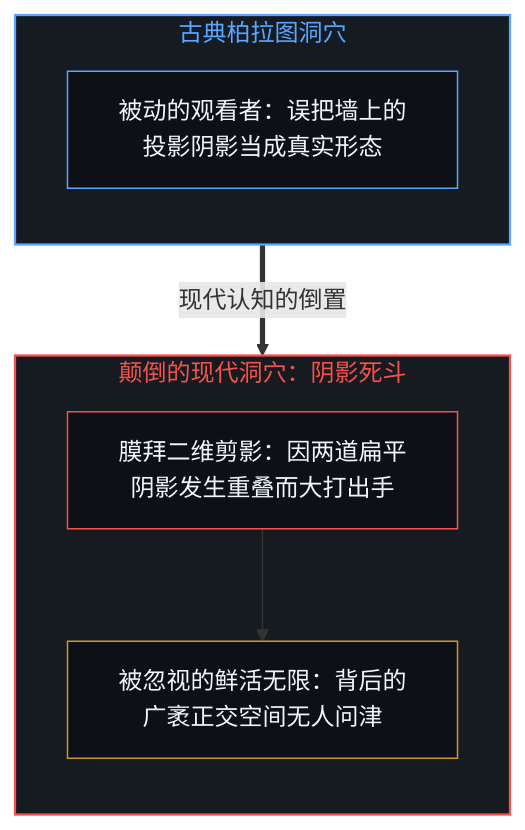
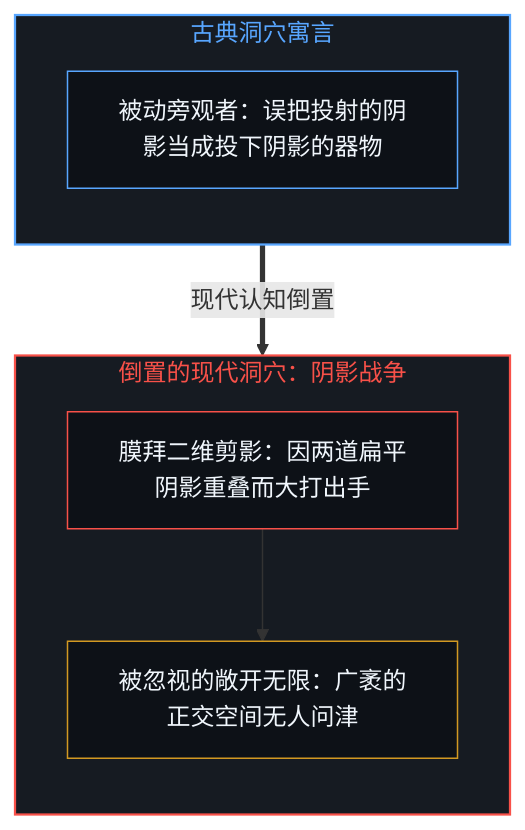
Before and after one commit to powerpig99/not-a-toe: the seventh of 10 diagrams in content/posts/the-shadow-and-the-infinite.md, drawn with Mermaid. The commit also changed other lines of this file and 5 other files, not shown here.

````diff
--- a/content/posts/the-shadow-and-the-infinite.md
+++ b/content/posts/the-shadow-and-the-infinite.md
@@ -235,22 +215,19 @@
 ```mermaid
 flowchart TD
-    subgraph PlatoOriginal["古典柏拉图洞穴"]
+    subgraph PlatoOriginal["古典洞穴寓言"]
         direction TB
-        PrisonerA["被动的观看者：误把墙上的投影阴影当成真实形态"]
+        PrisonerA["被动旁观者：误把投射的阴影当成投下阴影的器物"]
     end
-
-    subgraph InvertedCave["颠倒的现代洞穴：阴影死斗"]
+    subgraph InvertedCave["倒置的现代洞穴：阴影战争"]
         direction TB
-        ShadowClash["膜拜二维剪影：因两道扁平阴影发生重叠而大打出手"]
-        IgnoredInfinity["被忽视的鲜活无限：背后的广袤正交空间无人问津"]
+        ShadowClash["膜拜二维剪影：因两道扁平阴影重叠而大打出手"]
+        IgnoredInfinity["被忽视的敞开无限：广袤的正交空间无人问津"]
         ShadowClash --> IgnoredInfinity
     end
-
-    PrisonerA ==>|"现代认知的倒置"| ShadowClash
-
+    PrisonerA ==>|"现代认知倒置"| ShadowClash
     style PlatoOriginal fill:#161b22,stroke:#58a6ff,stroke-width:1.5px,color:#58a6ff
     style InvertedCave fill:#161b22,stroke:#f85149,stroke-width:1.5px,color:#f85149
     style PrisonerA fill:#0d1117,stroke:#58a6ff,stroke-width:1px,color:#f0f6fc
     style ShadowClash fill:#0d1117,stroke:#f85149,stroke-width:1px,color:#f0f6fc
     style IgnoredInfinity fill:#0d1117,stroke:#d29922,stroke-width:1px,color:#f0f6fc
 ```
````
